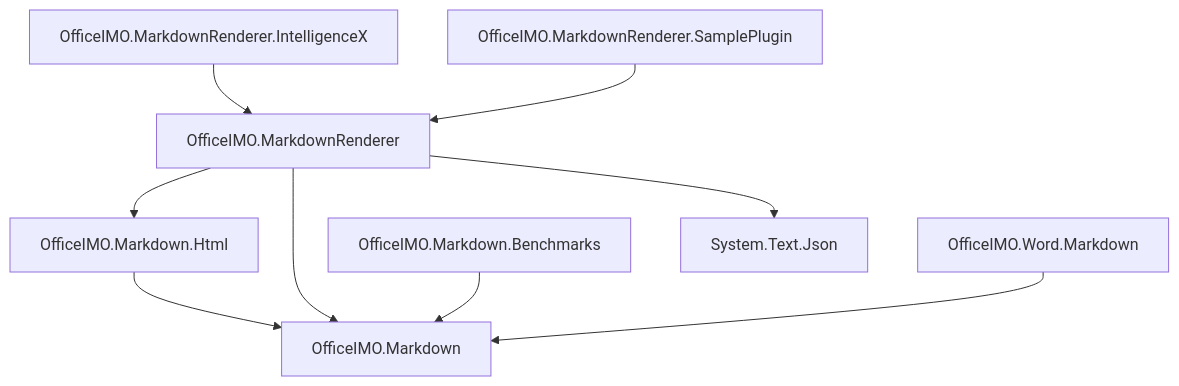
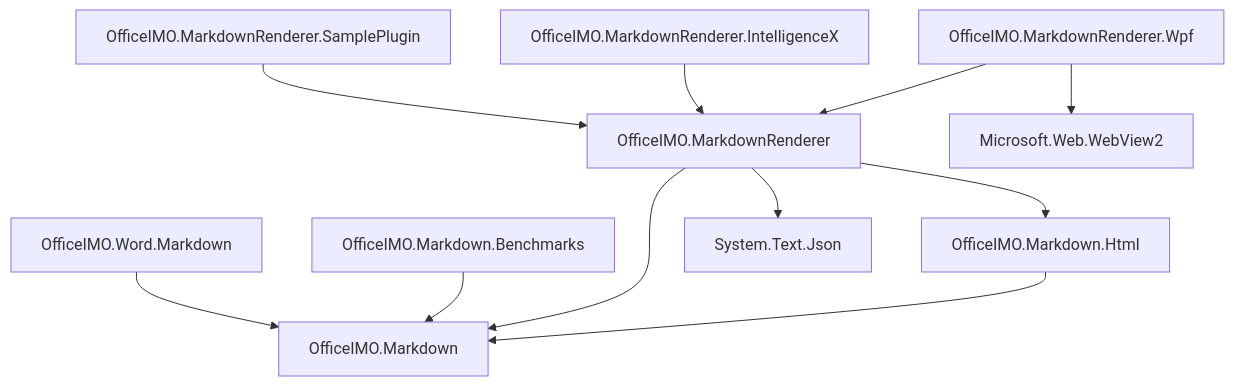
The second of 5 diagrams in README.md (EvotecIT/OfficeIMO), drawn with Mermaid before and after one commit. The commit also changed other lines of this file and 8 other files, not shown here.

Commit message:
Harden MarkdownRenderer.Wpf host

````diff
--- a/README.md
+++ b/README.md
@@ -126,20 +129,24 @@
 ```mermaid
 flowchart TB
   Md["OfficeIMO.Markdown"]
   MdHtml["OfficeIMO.Markdown.Html"]
   MdRenderer["OfficeIMO.MarkdownRenderer"]
+  MdRendererWpf["OfficeIMO.MarkdownRenderer.Wpf"]
   MdRendererIx["OfficeIMO.MarkdownRenderer.IntelligenceX"]
   MdRendererSample["OfficeIMO.MarkdownRenderer.SamplePlugin"]
   MdBench["OfficeIMO.Markdown.Benchmarks"]
   WordMd["OfficeIMO.Word.Markdown"]
   Json["System.Text.Json"]
+  WebView2["Microsoft.Web.WebView2"]
 
   MdHtml --> Md
   MdRenderer --> Md
   MdRenderer --> MdHtml
+  MdRendererWpf --> MdRenderer
+  MdRendererWpf --> WebView2
   MdRendererIx --> MdRenderer
   MdRendererSample --> MdRenderer
   MdRenderer --> Json
   MdBench --> Md
   WordMd --> Md
 ```
````
